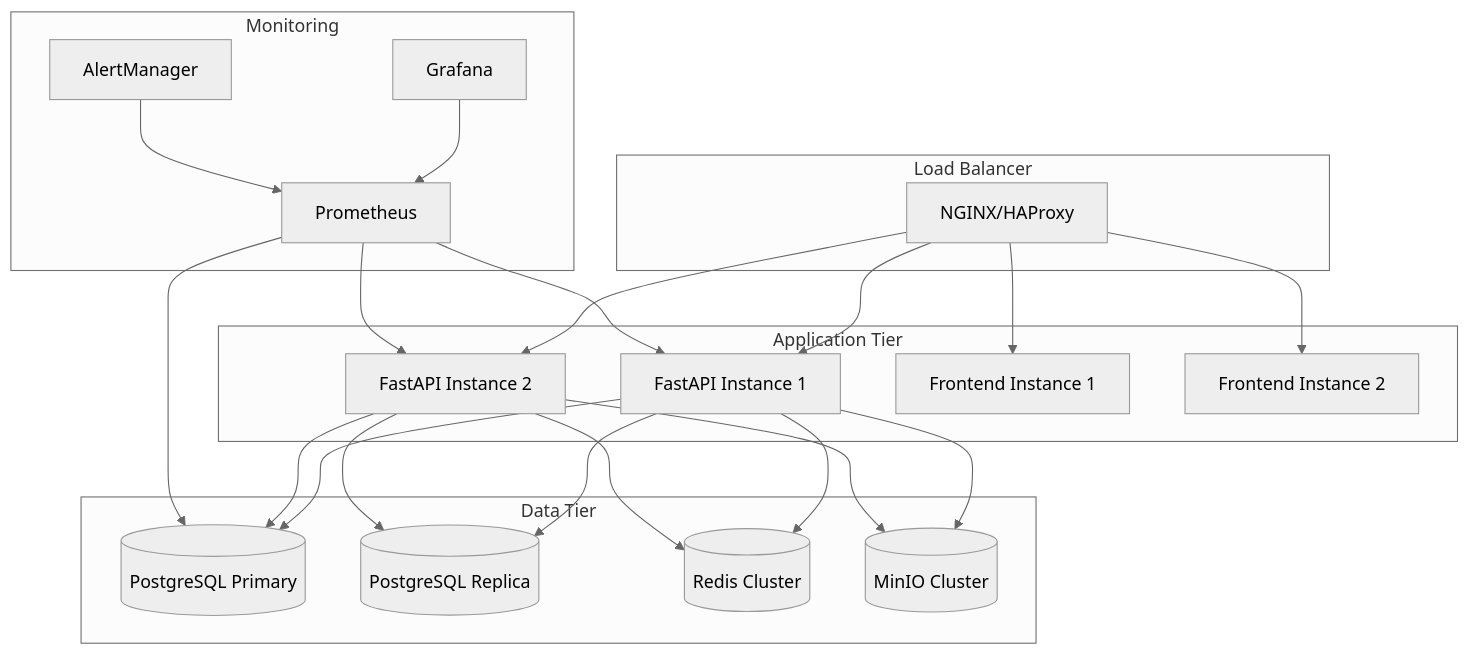
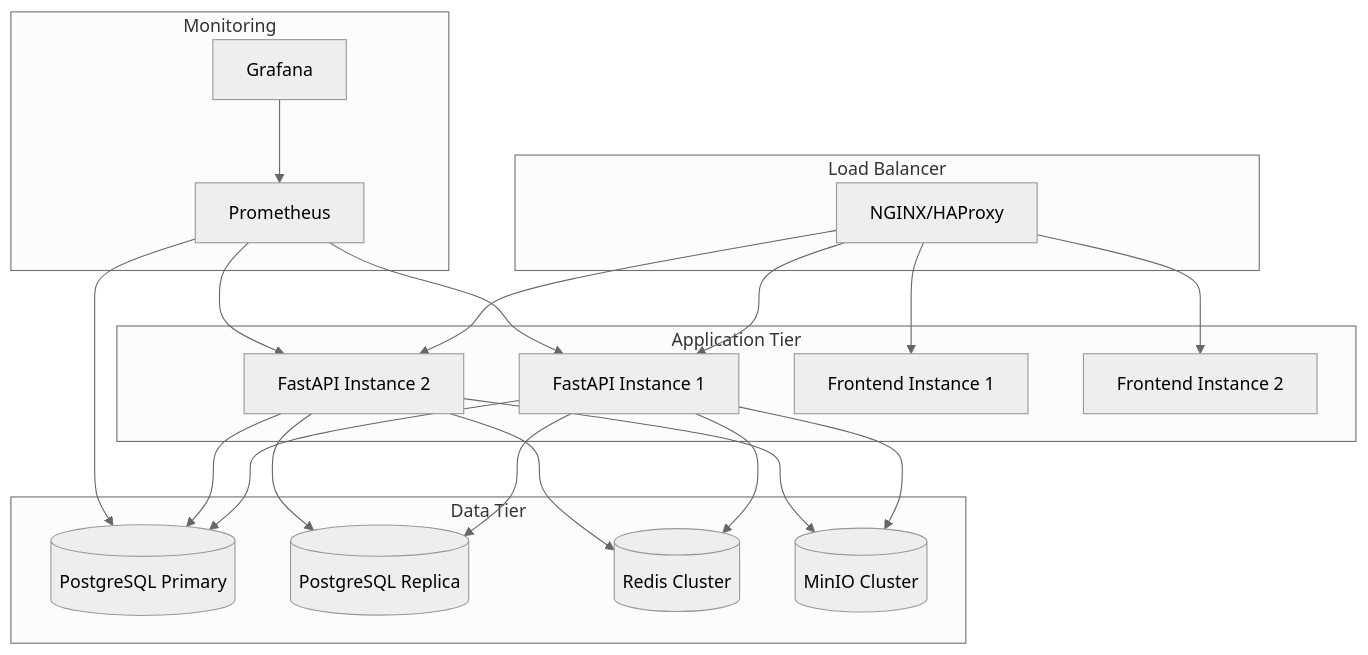
One commit to anud18/scholarship-system changed the diagram in docs/deployment/production-deployment.md. Above: the diagram before and after it, drawn with Mermaid (neutral theme). The commit also changed 5 other files, not shown here.

First line of the commit message:
fix(docs+scripts): remove residual AlertManager references

````diff
--- a/docs/deployment/production-deployment.md
+++ b/docs/deployment/production-deployment.md
@@ -25,46 +25,44 @@
 ```mermaid
 graph TD
     subgraph "Load Balancer"
         LB[NGINX/HAProxy]
     end
 
     subgraph "Application Tier"
         API1[FastAPI Instance 1]
         API2[FastAPI Instance 2]
         FE1[Frontend Instance 1]
         FE2[Frontend Instance 2]
     end
 
     subgraph "Data Tier"
         DB[(PostgreSQL Primary)]
         DB_R[(PostgreSQL Replica)]
         REDIS[(Redis Cluster)]
         MINIO[(MinIO Cluster)]
     end
 
     subgraph "Monitoring"
         PROM[Prometheus]
         GRAF[Grafana]
-        ALERT[AlertManager]
     end
 
     LB --> API1
     LB --> API2
     LB --> FE1
     LB --> FE2
 
     API1 --> DB
     API2 --> DB
     API1 --> DB_R
     API2 --> DB_R
     API1 --> REDIS
     API2 --> REDIS
     API1 --> MINIO
     API2 --> MINIO
 
     PROM --> API1
     PROM --> API2
     PROM --> DB
     GRAF --> PROM
-    ALERT --> PROM
 ```
````
